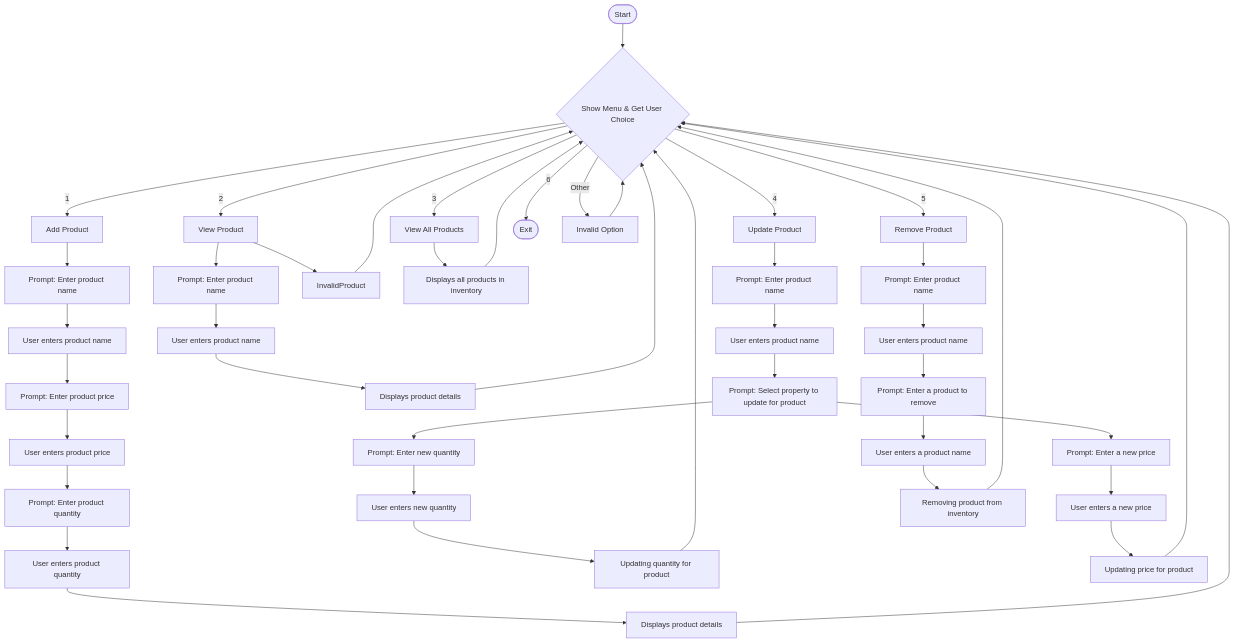
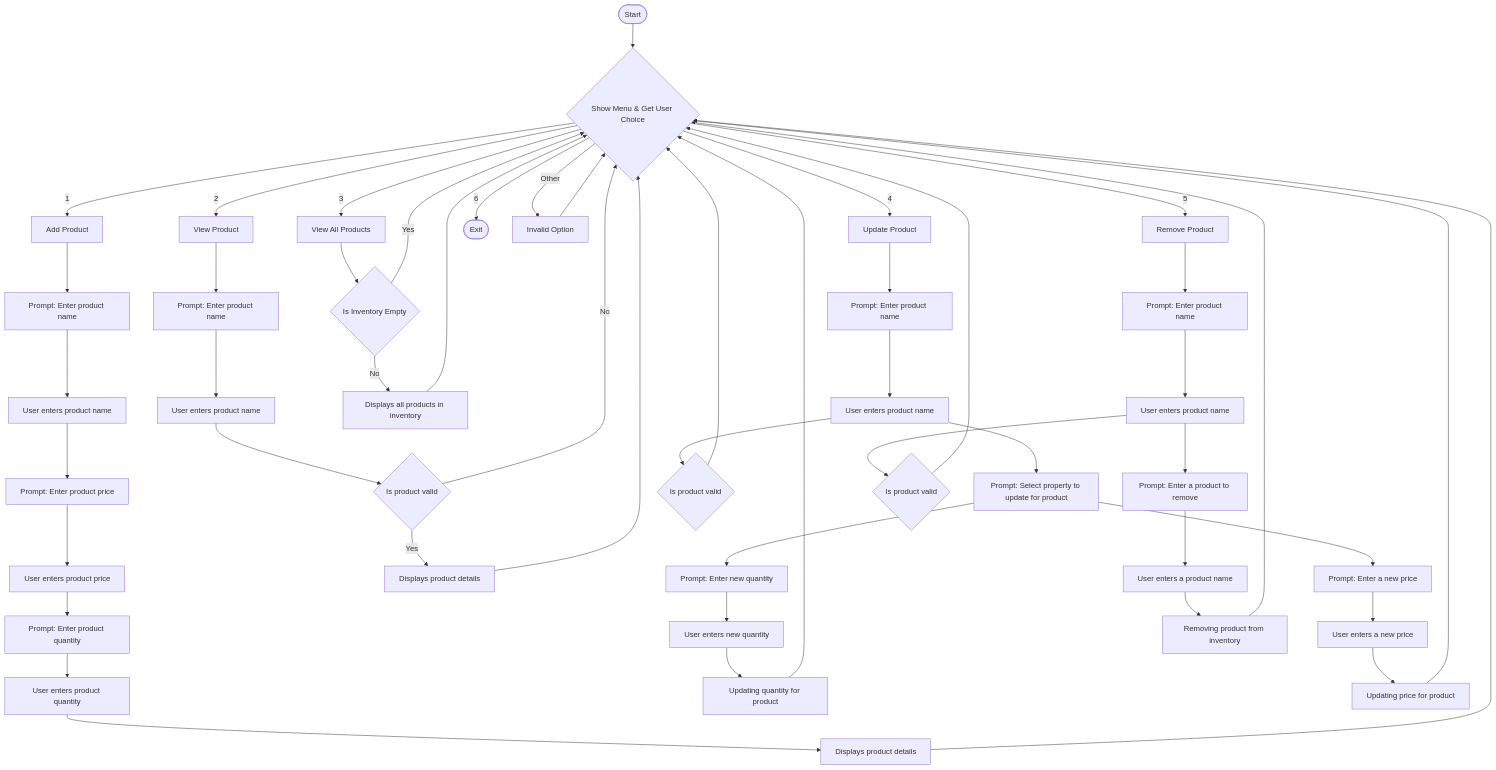
Before and after one commit to AdrianM10/inventory-mgmt-system: the diagram in flowchart.mmd, drawn with Mermaid.

Commit message:
Update decision points for viewing product(s)

```diff
--- a/flowchart.mmd
+++ b/flowchart.mmd
@@ -1,59 +1,66 @@
 flowchart TD
     Start([Start])
     Menu{Show Menu & Get User Choice}
     Add[Add Product]
     GetProductName[Prompt: Enter product name]
     SetProductName[User enters product name]
     GetProductPrice[Prompt: Enter product price]
     SetProductPrice[User enters product price]
     GetProductQty[Prompt: Enter product quantity]
     SetProductQty[User enters product quantity]
     DisplayAddProduct[Displays product details] 
     
     ViewOne[View Product]
     DisplayViewProduct[Displays product details]    
     GetProductViewOneName[Prompt: Enter product name]
     SetProductViewOneName[User enters product name]
-    InvalidProduct
+    InvalidProduct{Is product valid}
     
     ViewAll[View All Products]
+    InventoryEmpty{Is Inventory Empty}
     DisplayProducts[Displays all products in inventory]
     
     Update[Update Product]
     GetProductUpdateName[Prompt: Enter product name]
     SetProductUpdateName[User enters product name]
     UpdateProperty[Prompt: Select property to update for product]
     GetUpdateQty[Prompt: Enter new quantity]
     SetUpdateQty[User enters new quantity]
     UpdatedQtyMsg[Updating quantity for product]
     GetUpdatePrice[Prompt: Enter a new price]
     SetUpdatePrice[User enters a new price]
     UpdatedPriceMsg[Updating price for product]
+    InvalidProductUpdate{Is product valid}
+
     
     Remove[Remove Product]
     GetProductRemovalName[Prompt: Enter product name]
     SetProductRemovalName[User enters product name]
     GetRemovalProduct[Prompt: Enter a product to remove]
     SetRemovalProduct[User enters a product name]
     RemovalMsg[Removing product from inventory]
+    InvalidProductRemoval{Is product valid}
     
     Exit([Exit])
     Invalid[Invalid Option]
 
     Start --> Menu
     Menu -->|1| Add
     Add --> GetProductName --> SetProductName --> GetProductPrice --> SetProductPrice --> GetProductQty --> SetProductQty --> DisplayAddProduct --> Menu
     Menu -->|2| ViewOne
-    ViewOne --> GetProductViewOneName --> SetProductViewOneName --> DisplayViewProduct --> Menu
-    ViewOne --> InvalidProduct --> Menu
+    ViewOne --> GetProductViewOneName --> SetProductViewOneName --> InvalidProduct -- Yes --> DisplayViewProduct --> Menu
+    InvalidProduct -- No --> Menu
     Menu -->|3| ViewAll
-    ViewAll --> DisplayProducts --> Menu
+    ViewAll --> InventoryEmpty -- Yes --> Menu
+    InventoryEmpty -- No --> DisplayProducts --> Menu
     Menu -->|4| Update
     Update --> GetProductUpdateName --> SetProductUpdateName --> UpdateProperty
+    SetProductUpdateName --> InvalidProductUpdate --> Menu
     UpdateProperty --> GetUpdateQty --> SetUpdateQty --> UpdatedQtyMsg --> Menu
     UpdateProperty --> GetUpdatePrice --> SetUpdatePrice --> UpdatedPriceMsg --> Menu
     Menu -->|5| Remove
     Remove --> GetProductRemovalName --> SetProductRemovalName --> GetRemovalProduct --> SetRemovalProduct --> RemovalMsg --> Menu
+    SetProductRemovalName --> InvalidProductRemoval --> Menu
     Menu -->|6| Exit
     Menu -->|Other| Invalid
     Invalid --> Menu
```
